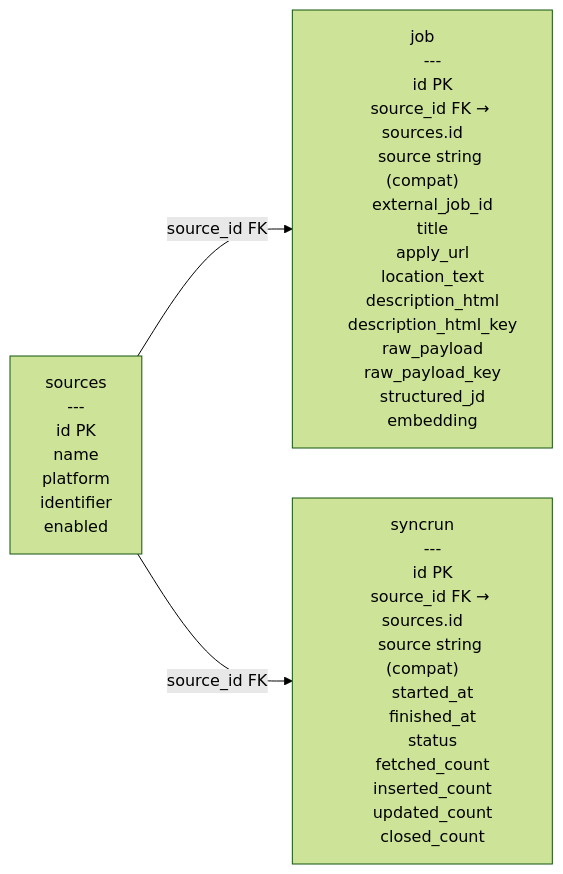
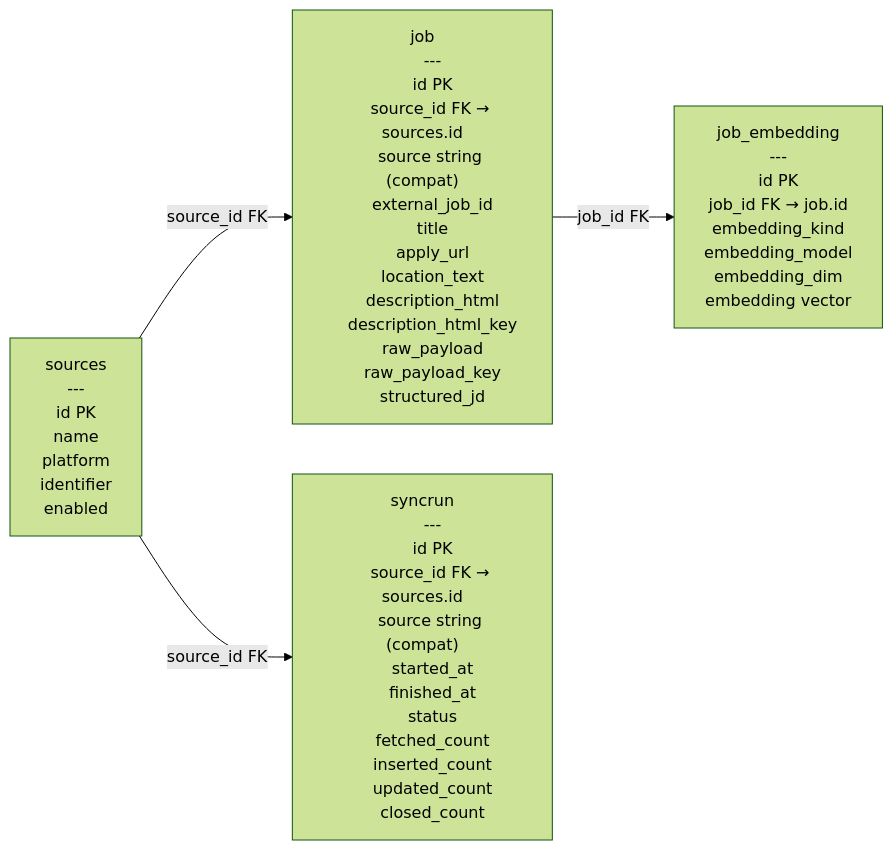
The third of 5 diagrams in docs/architecture/README.md (DengNaichen/job), drawn with Mermaid (forest theme) before and after one commit. The commit also changed other lines of this file and 7 other files, not shown here.

Commit message:
feat(matching): cut over vector recall to job_embedding store

````diff
--- a/docs/architecture/README.md
+++ b/docs/architecture/README.md
@@ -136,42 +136,51 @@
 ```mermaid
 flowchart LR
     S["sources
     ---
     id PK
     name
     platform
     identifier
     enabled"]
 
     J["job
     ---
     id PK
     source_id FK → sources.id
     source string (compat)
     external_job_id
     title
     apply_url
     location_text
     description_html
     description_html_key
     raw_payload
     raw_payload_key
-    structured_jd
-    embedding"]
+    structured_jd"]
+
+    JE["job_embedding
+    ---
+    id PK
+    job_id FK → job.id
+    embedding_kind
+    embedding_model
+    embedding_dim
+    embedding vector"]
 
     R["syncrun
     ---
     id PK
     source_id FK → sources.id
     source string (compat)
     started_at
     finished_at
     status
     fetched_count
     inserted_count
     updated_count
     closed_count"]
 
     S -->|source_id FK| J
     S -->|source_id FK| R
+    J -->|job_id FK| JE
 ```
````
